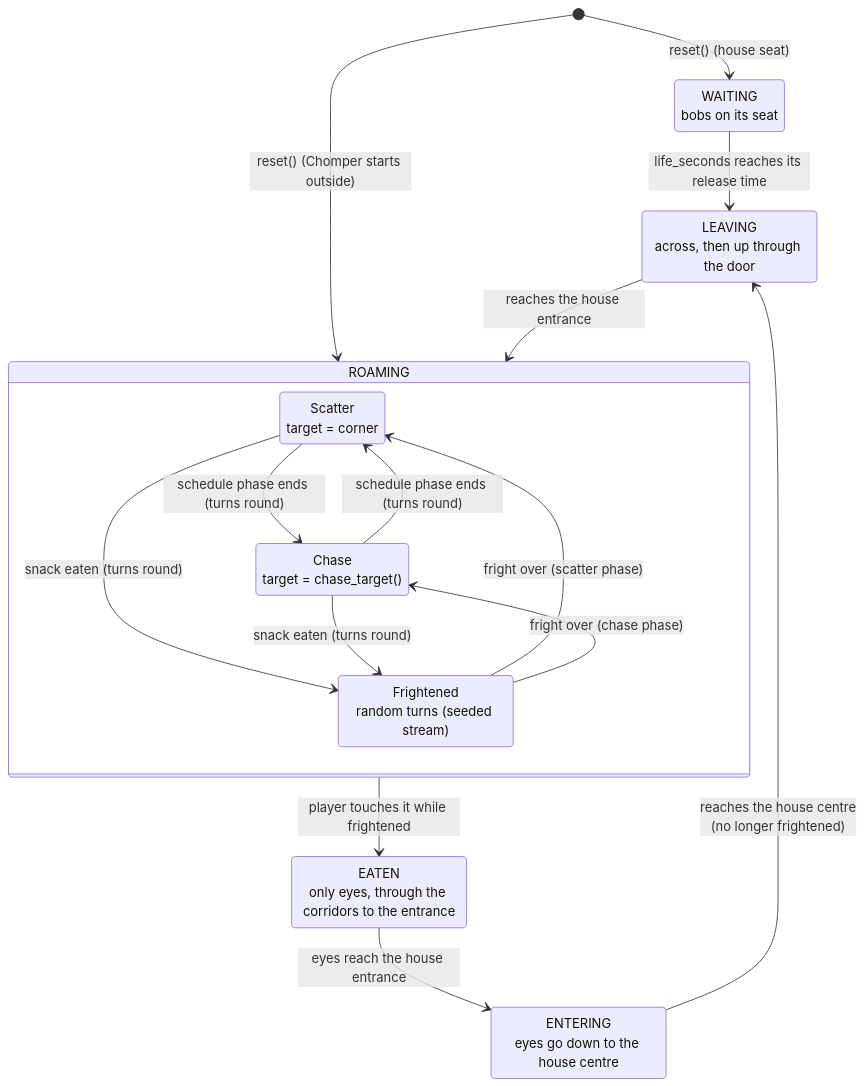
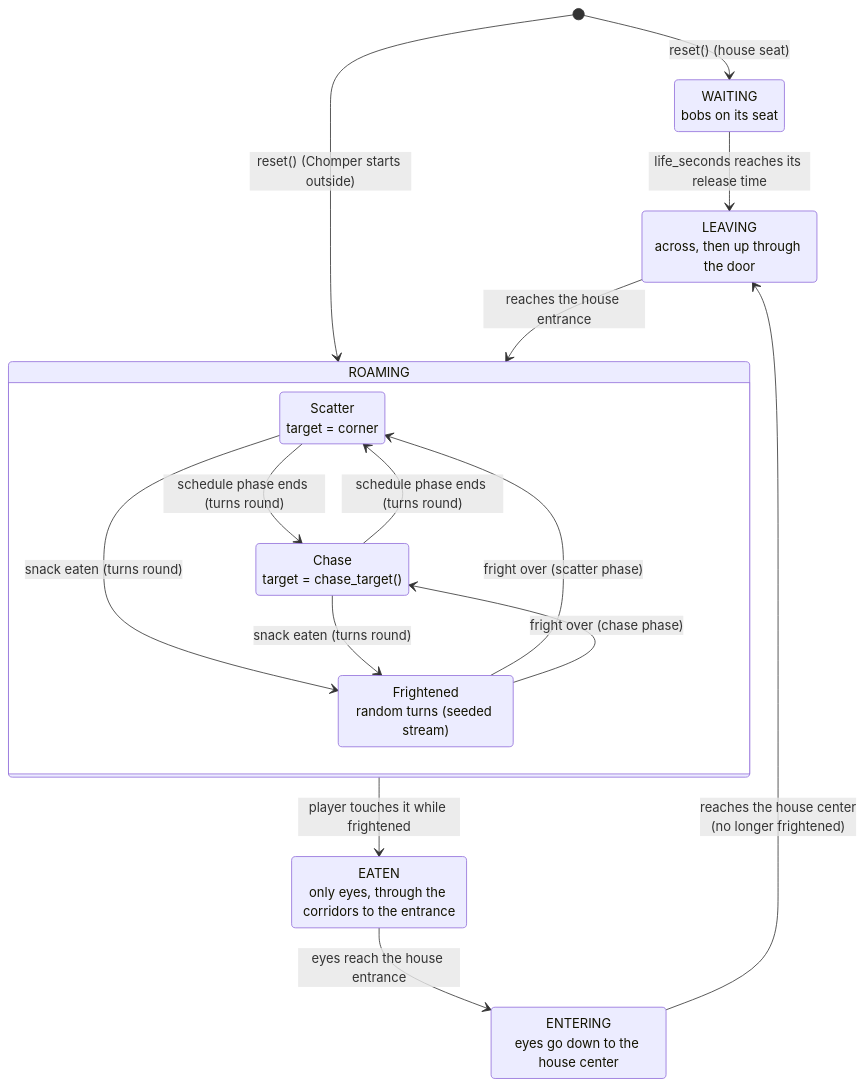
Before and after one commit to terrysimons/glitchygames: the fourth of 7 diagrams in docs/games/mr_muncher.md, drawn with Mermaid. The commit also changed other lines of this file and 25 other files, not shown here.

````diff
--- a/docs/games/mr_muncher.md
+++ b/docs/games/mr_muncher.md
@@ -373,27 +398,27 @@
 ```mermaid
 stateDiagram-v2
     direction TB
     [*] --> WAITING : reset() (house seat)
     [*] --> ROAMING : reset() (Chomper starts outside)
     WAITING : WAITING<br/>bobs on its seat
     LEAVING : LEAVING<br/>across, then up through the door
     EATEN : EATEN<br/>only eyes, through the corridors to the entrance
-    ENTERING : ENTERING<br/>eyes go down to the house centre
+    ENTERING : ENTERING<br/>eyes go down to the house center
     WAITING --> LEAVING : life_seconds reaches its release time
     LEAVING --> ROAMING : reaches the house entrance
     state ROAMING {
         direction TB
         Scatter : Scatter<br/>target = corner
         Chase : Chase<br/>target = chase_target()
         Frightened : Frightened<br/>random turns (seeded stream)
         Scatter --> Chase : schedule phase ends (turns round)
         Chase --> Scatter : schedule phase ends (turns round)
         Scatter --> Frightened : snack eaten (turns round)
         Chase --> Frightened : snack eaten (turns round)
         Frightened --> Scatter : fright over (scatter phase)
         Frightened --> Chase : fright over (chase phase)
     }
     ROAMING --> EATEN : player touches it while frightened
     EATEN --> ENTERING : eyes reach the house entrance
-    ENTERING --> LEAVING : reaches the house centre<br/>(no longer frightened)
+    ENTERING --> LEAVING : reaches the house center<br/>(no longer frightened)
 ```
````
